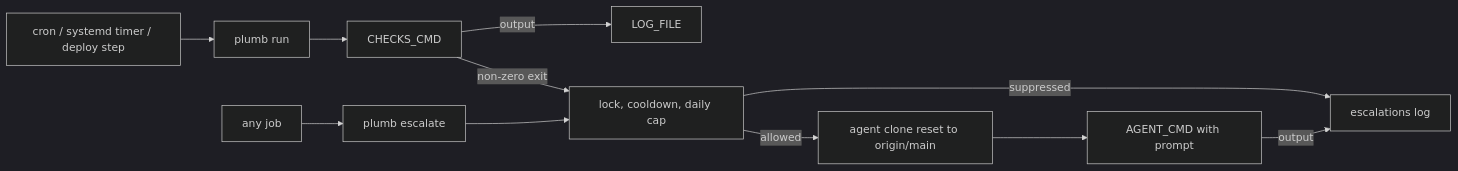
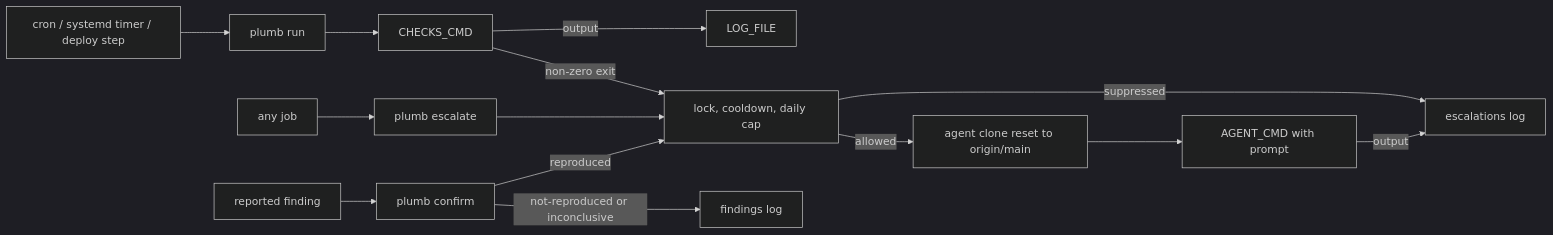
One commit to kontourai/plumb changed the diagram in docs/concepts.md. Above: the diagram before and after it, drawn with Mermaid (dark theme). The commit also changed other lines of this file and 10 other files, not shown here.

First line of the commit message:
feat: confirm a finding with a failing repro before escalating it (#48)

````diff
--- a/docs/concepts.md
+++ b/docs/concepts.md
@@ -8,13 +9,16 @@
 ```mermaid
 flowchart LR
   timer["cron / systemd timer / deploy step"] --> run["plumb run"]
   job["any job"] --> esc["plumb escalate"]
   run --> checks["CHECKS_CMD"]
   checks -- "output" --> log["LOG_FILE"]
   checks -- "non-zero exit" --> guards
+  finding["reported finding"] --> confirm["plumb confirm"]
+  confirm -- "reproduced" --> guards
+  confirm -- "not-reproduced or inconclusive" --> flog["findings log"]
   esc --> guards["lock, cooldown, daily cap"]
   guards -- "suppressed" --> elog["escalations log"]
   guards -- "allowed" --> clone["agent clone reset to origin/main"]
   clone --> agent["AGENT_CMD with prompt"]
   agent -- "output" --> elog
 ```
````
